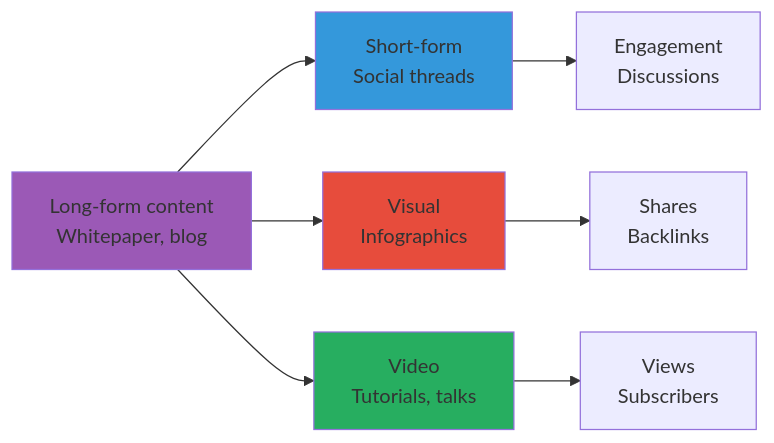
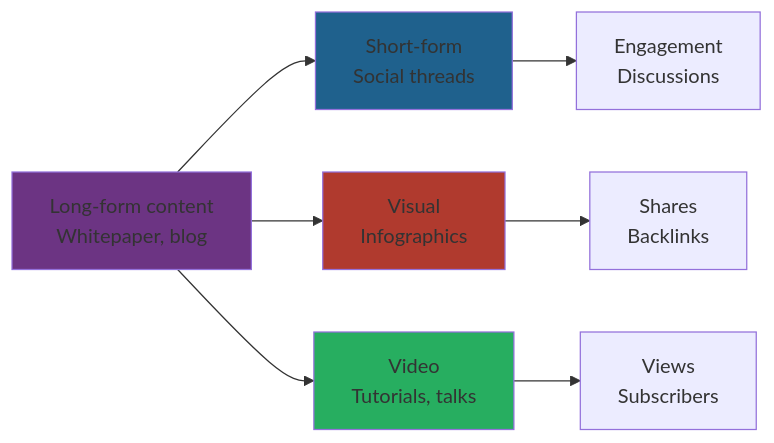
The third of 3 diagrams in docs/05-growth/content-strategy.md (CipherOcto/cipherocto), drawn with Mermaid before and after one commit. The commit also changed other lines of this file and 13 other files, not shown here.

First line of the commit message:
Improve Mermaid diagram accessibility: Fix color contrast

````diff
--- a/docs/05-growth/content-strategy.md
+++ b/docs/05-growth/content-strategy.md
@@ -326,14 +326,14 @@
 ```mermaid
 graph LR
     A[Long-form content<br/>Whitepaper, blog] --> B[Short-form<br/>Social threads]
     A --> C[Visual<br/>Infographics]
     A --> D[Video<br/>Tutorials, talks]
     B --> E[Engagement<br/>Discussions]
     C --> F[Shares<br/>Backlinks]
     D --> G[Views<br/>Subscribers]
 
-    style A fill:#9b59b6
-    style B fill:#3498db
-    style C fill:#e74c3c
+    style A fill:#6c3483
+    style B fill:#1f618d
+    style C fill:#b03a2e
     style D fill:#27ae60
 ```
````
